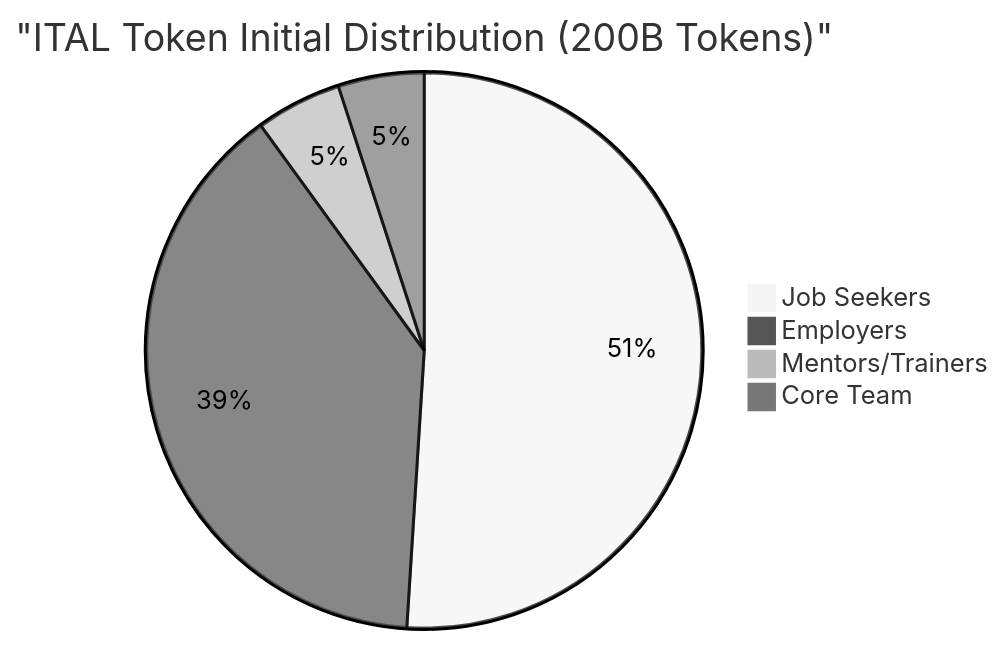
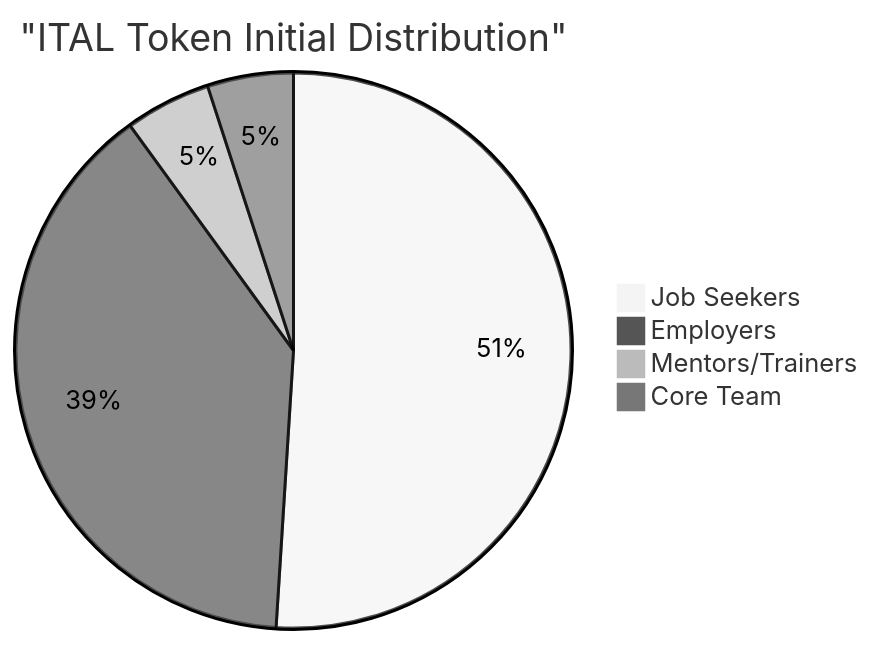
One commit to karthikhosur/italtoken changed diagram 11 of 16 in whitepaper.md. Above: the diagram before and after it, drawn with Mermaid (neutral theme).

````diff
--- a/whitepaper.md
+++ b/whitepaper.md
@@ -559,8 +559,8 @@
 ```mermaid
 pie
-    title "ITAL Token Initial Distribution (200B Tokens)"
+    title "ITAL Token Initial Distribution"
     "Job Seekers" : 51
     "Employers" : 39
     "Mentors/Trainers" : 5
     "Core Team" : 5
 ```
````
